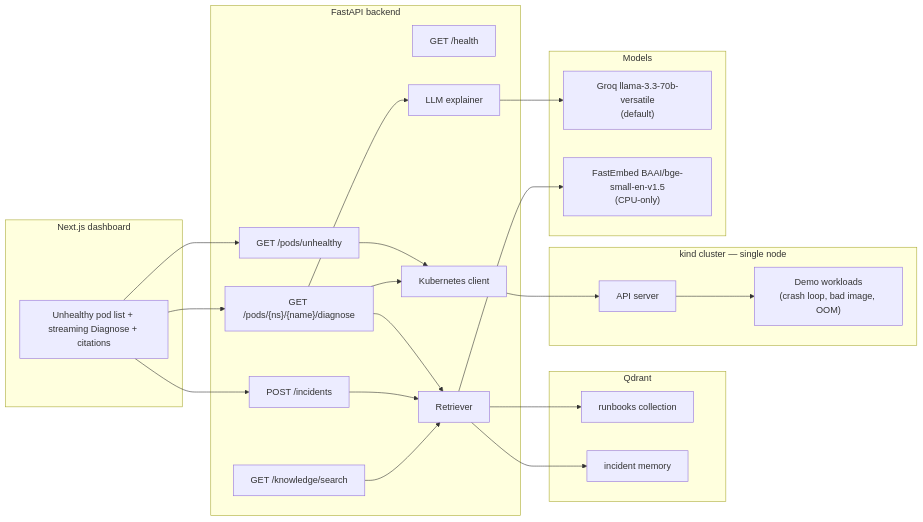
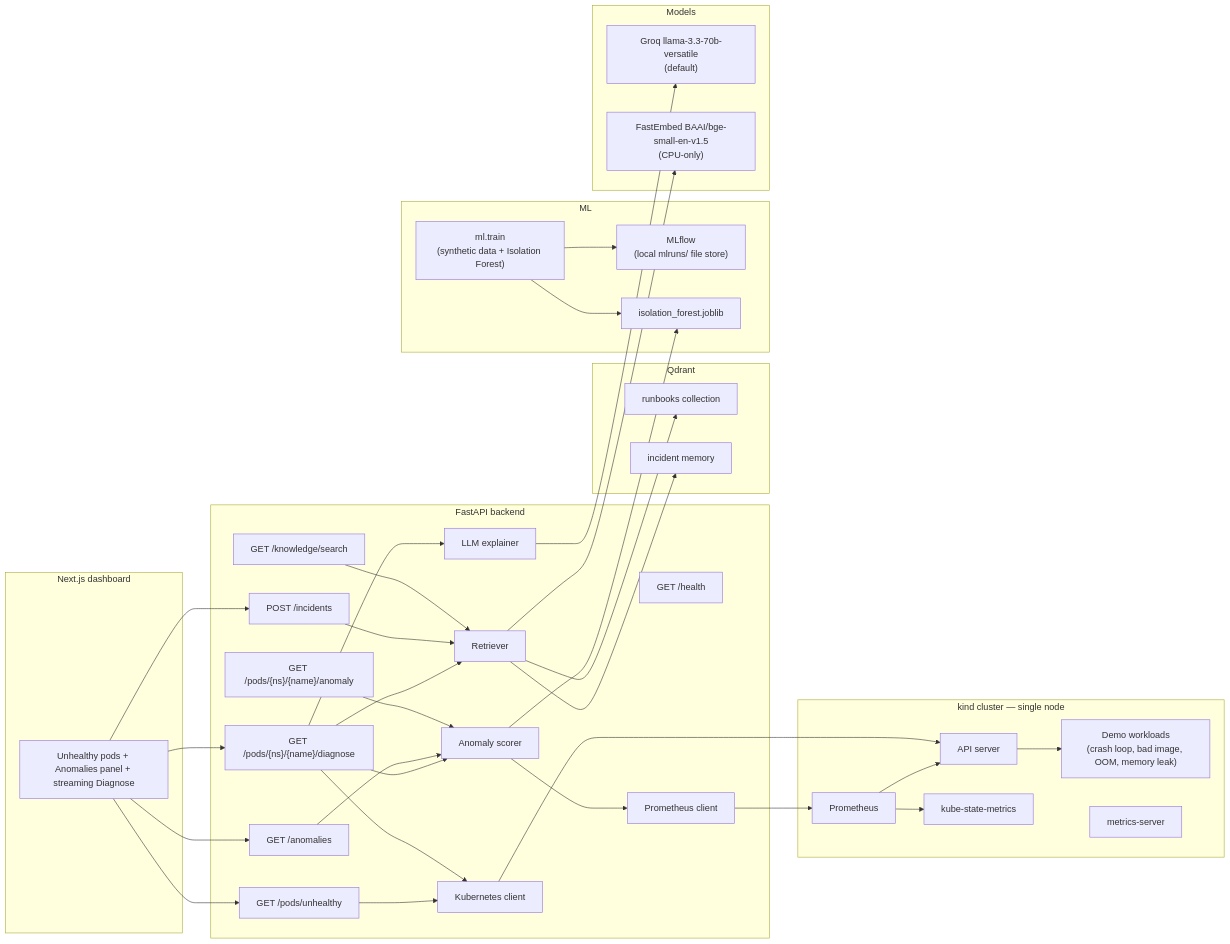
One commit to Kayd-06/kube-copilot changed the diagram in README.md. Above: the diagram before and after it, drawn with Mermaid. The commit also changed other lines of this file and 12 other files, not shown here.

````diff
--- a/README.md
+++ b/README.md
@@ -15,48 +15,72 @@
 ```mermaid
 flowchart LR
   subgraph UI["Next.js dashboard"]
-    Dash["Unhealthy pod list + streaming Diagnose + citations"]
+    Dash["Unhealthy pods + Anomalies panel + streaming Diagnose"]
   end
 
   subgraph API["FastAPI backend"]
     Health["GET /health"]
     List["GET /pods/unhealthy"]
     Diag["GET /pods/{ns}/{name}/diagnose"]
+    Anoms["GET /anomalies"]
+    PodAnom["GET /pods/{ns}/{name}/anomaly"]
     Incidents["POST /incidents"]
     Search["GET /knowledge/search"]
     K8S["Kubernetes client"]
     RAG["Retriever"]
+    Prom["Prometheus client"]
+    Scorer["Anomaly scorer"]
     LLM["LLM explainer"]
   end
 
   subgraph Knowledge["Qdrant"]
     Runbooks["runbooks collection"]
     Memory["incident memory"]
   end
 
-  subgraph Cluster["kind cluster — single node"]
+  subgraph Observability["kind cluster — single node"]
     APIServer["API server"]
-    Demo["Demo workloads\n(crash loop, bad image, OOM)"]
+    Demo["Demo workloads\n(crash loop, bad image, OOM, memory leak)"]
+    PromSvc["Prometheus"]
+    KSM["kube-state-metrics"]
+    MS["metrics-server"]
+  end
+
+  subgraph ML["ML"]
+    Train["ml.train\n(synthetic data + Isolation Forest)"]
+    MLflow["MLflow\n(local mlruns/ file store)"]
+    Model["isolation_forest.joblib"]
   end
 
   subgraph Models["Models"]
     Groq["Groq llama-3.3-70b-versatile\n(default)"]
     Embed["FastEmbed BAAI/bge-small-en-v1.5\n(CPU-only)"]
   end
 
   Dash --> List
   Dash --> Diag
+  Dash --> Anoms
   Dash --> Incidents
   List --> K8S
   Diag --> K8S
   Diag --> RAG
+  Diag --> Scorer
   Diag --> LLM
+  Anoms --> Scorer
+  PodAnom --> Scorer
+  Scorer --> Prom
+  Scorer --> Model
   Incidents --> RAG
   Search --> RAG
   RAG --> Runbooks
   RAG --> Memory
   RAG --> Embed
+  Prom --> PromSvc
+  PromSvc --> KSM
+  PromSvc --> APIServer
   K8S --> APIServer
   APIServer --> Demo
+  Train --> Model
+  Train --> MLflow
   LLM --> Groq
 ```
````
